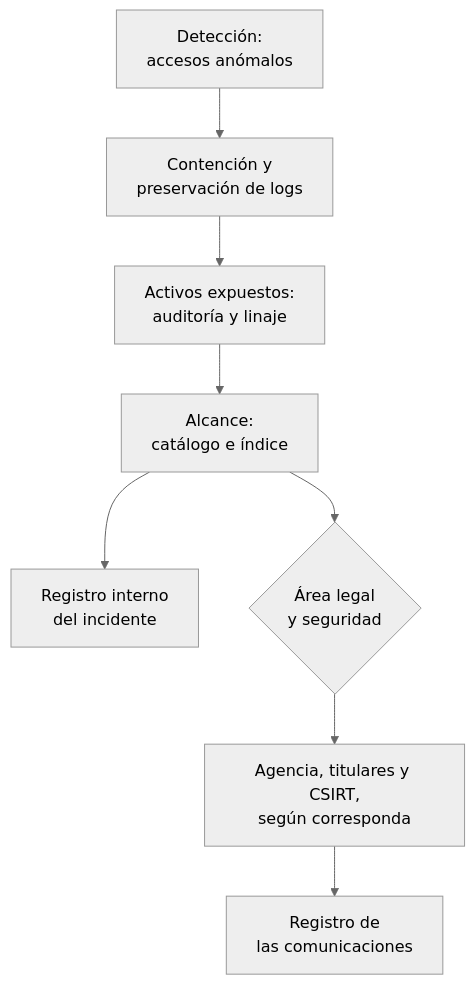
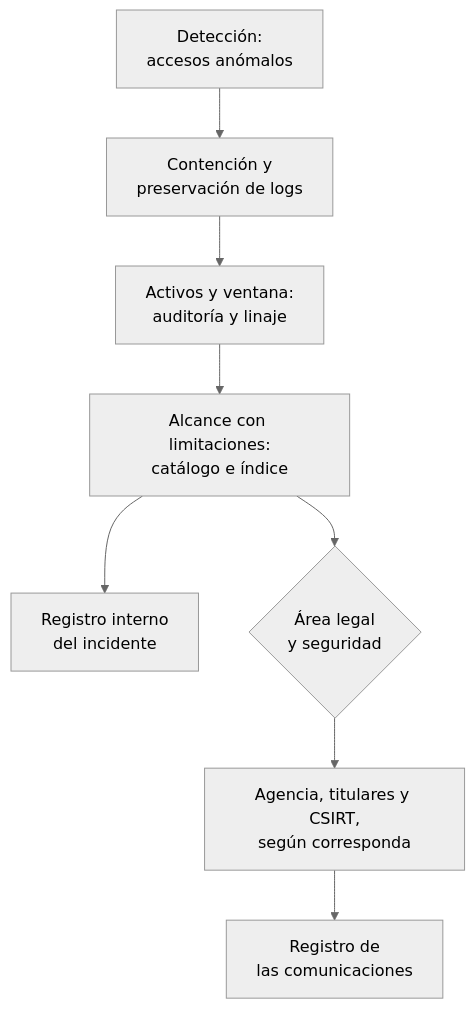
Before and after one commit to fcp4891/de-knowledge-hub: the diagram in content/concepts/data-breach-response.md, drawn with Mermaid (neutral theme). The commit also changed other lines of this file and 1 other file, not shown here.

````diff
--- a/content/concepts/data-breach-response.md
+++ b/content/concepts/data-breach-response.md
@@ -138,10 +167,10 @@
 ```mermaid
 flowchart TB
   D["Detección:<br/>accesos anómalos"] --> C["Contención y<br/>preservación de logs"]
-  C --> A["Activos expuestos:<br/>auditoría y linaje"]
-  A --> Q["Alcance:<br/>catálogo e índice"]
+  C --> A["Activos y ventana:<br/>auditoría y linaje"]
+  A --> Q["Alcance con limitaciones:<br/>catálogo e índice"]
   Q --> R["Registro interno<br/>del incidente"]
   Q --> L{"Área legal<br/>y seguridad"}
   L --> N["Agencia, titulares y CSIRT,<br/>según corresponda"]
   N --> RC["Registro de<br/>las comunicaciones"]
 ```
````
